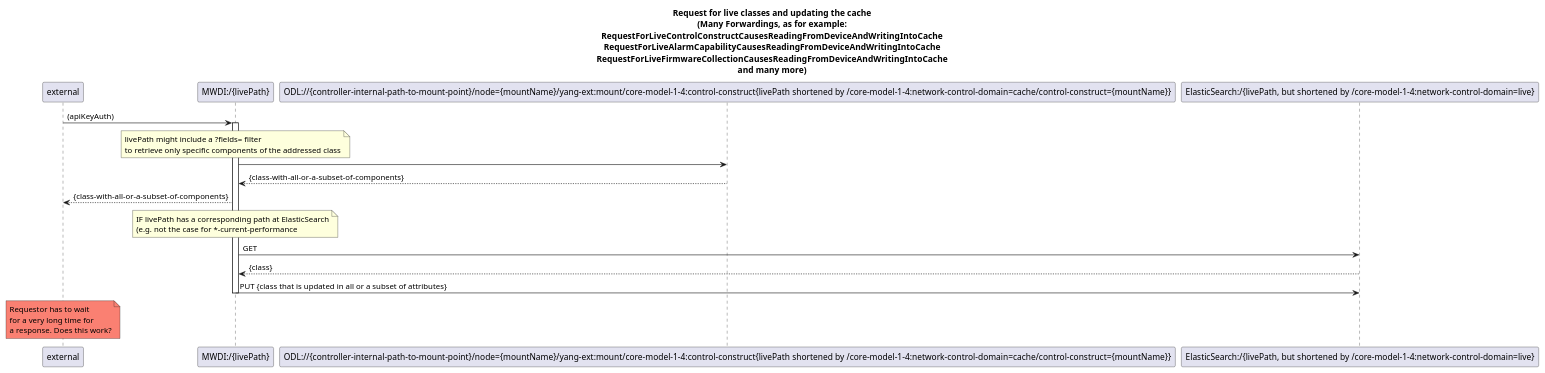
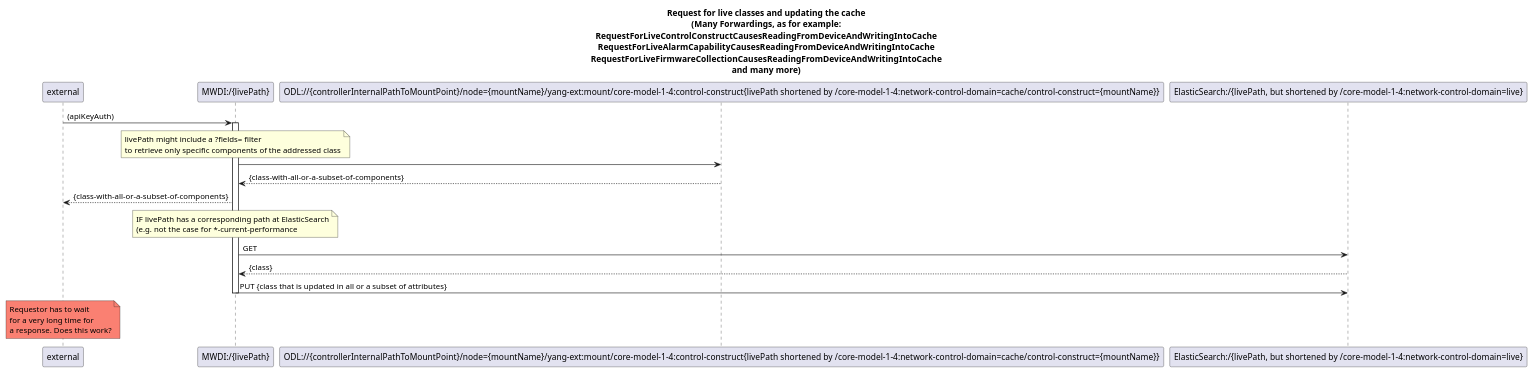
The diagram in spec/diagrams/500_LiveRessourcePathWithCacheUpdate.plantuml (openBackhaul/MicroWaveDeviceInventory), drawn with PlantUML before and after one commit. The commit also changed 8 other files, not shown here.

```diff
--- a/spec/diagrams/500_LiveRessourcePathWithCacheUpdate.plantuml
+++ b/spec/diagrams/500_LiveRessourcePathWithCacheUpdate.plantuml
@@ -1,48 +1,48 @@
 @startuml 500_LiveRessourcePathWithCacheUpdate
 skinparam responseMessageBelowArrow true
 
 title 
 Request for live classes and updating the cache
 (Many Forwardings, as for example:
 RequestForLiveControlConstructCausesReadingFromDeviceAndWritingIntoCache
 RequestForLiveAlarmCapabilityCausesReadingFromDeviceAndWritingIntoCache
 RequestForLiveFirmwareCollectionCausesReadingFromDeviceAndWritingIntoCache
 and many more)
 end title
 
 
 participant "external" as requestor
 participant "MWDI:/{livePath}" as LiveControlConstructClass
-participant "ODL://{controller-internal-path-to-mount-point}/node={mountName}/yang-ext:mount/core-model-1-4:control-construct{livePath shortened by /core-model-1-4:network-control-domain=cache/control-construct={mountName}}" as OdlControlConstructClass
+participant "ODL://{controllerInternalPathToMountPoint}/node={mountName}/yang-ext:mount/core-model-1-4:control-construct{livePath shortened by /core-model-1-4:network-control-domain=cache/control-construct={mountName}}" as OdlControlConstructClass
 participant "ElasticSearch:/{livePath, but shortened by /core-model-1-4:network-control-domain=live}" as EsControlConstructClass
 
 
 
 requestor -> LiveControlConstructClass: (apiKeyAuth)
 activate LiveControlConstructClass
 
 note over LiveControlConstructClass
 livePath might include a ?fields= filter 
 to retrieve only specific components of the addressed class
 end note
 LiveControlConstructClass -> OdlControlConstructClass
 OdlControlConstructClass --> LiveControlConstructClass: {class-with-all-or-a-subset-of-components}
 
 LiveControlConstructClass --> requestor: {class-with-all-or-a-subset-of-components}
 
 note over LiveControlConstructClass
 IF livePath has a corresponding path at ElasticSearch
 (e.g. not the case for *-current-performance
 end note
 LiveControlConstructClass -> EsControlConstructClass: GET
 EsControlConstructClass --> LiveControlConstructClass: {class}
 
 LiveControlConstructClass -> EsControlConstructClass: PUT {class that is updated in all or a subset of attributes}
 
 deactivate LiveControlConstructClass
 
 skinparam NoteBackgroundColor salmon
 note over requestor: Requestor has to wait \nfor a very long time for \na response. Does this work?
 skinparam NoteBackgroundColor default
 
 @enduml
```
